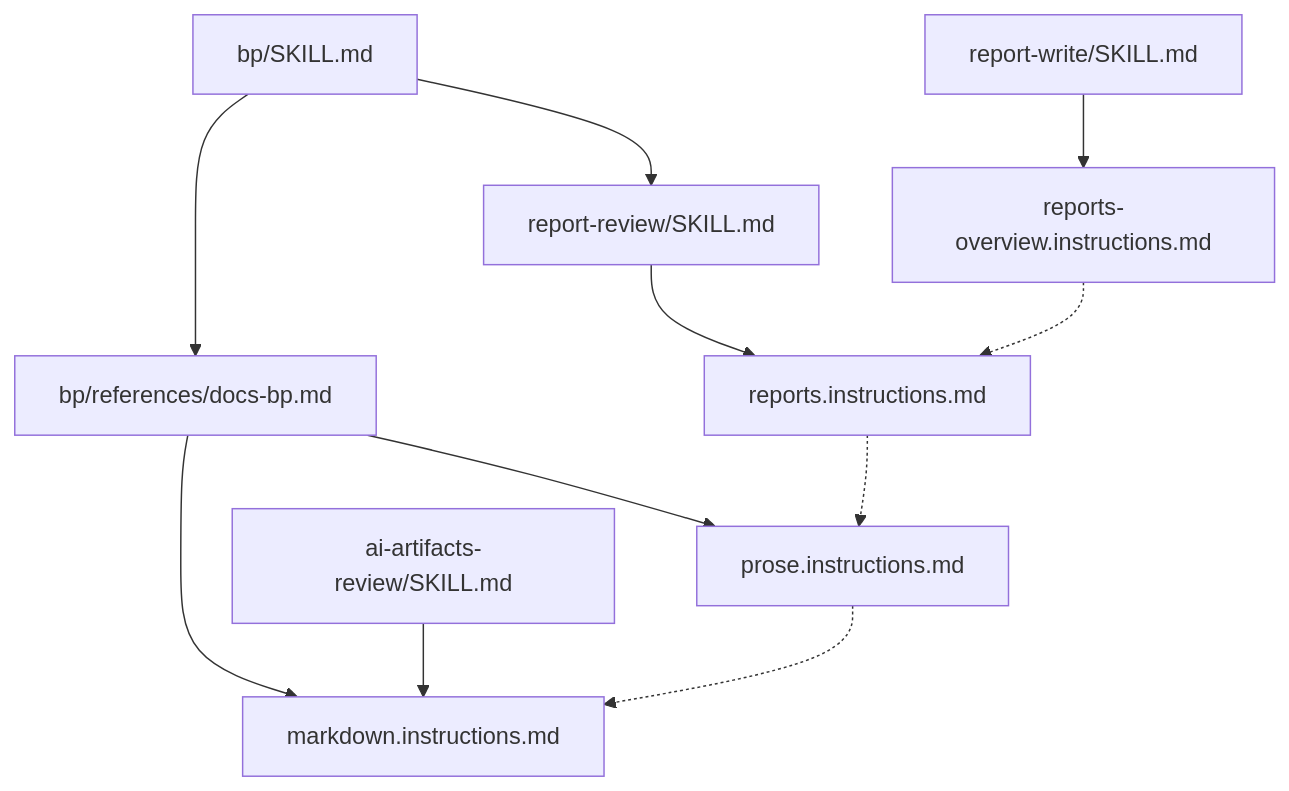
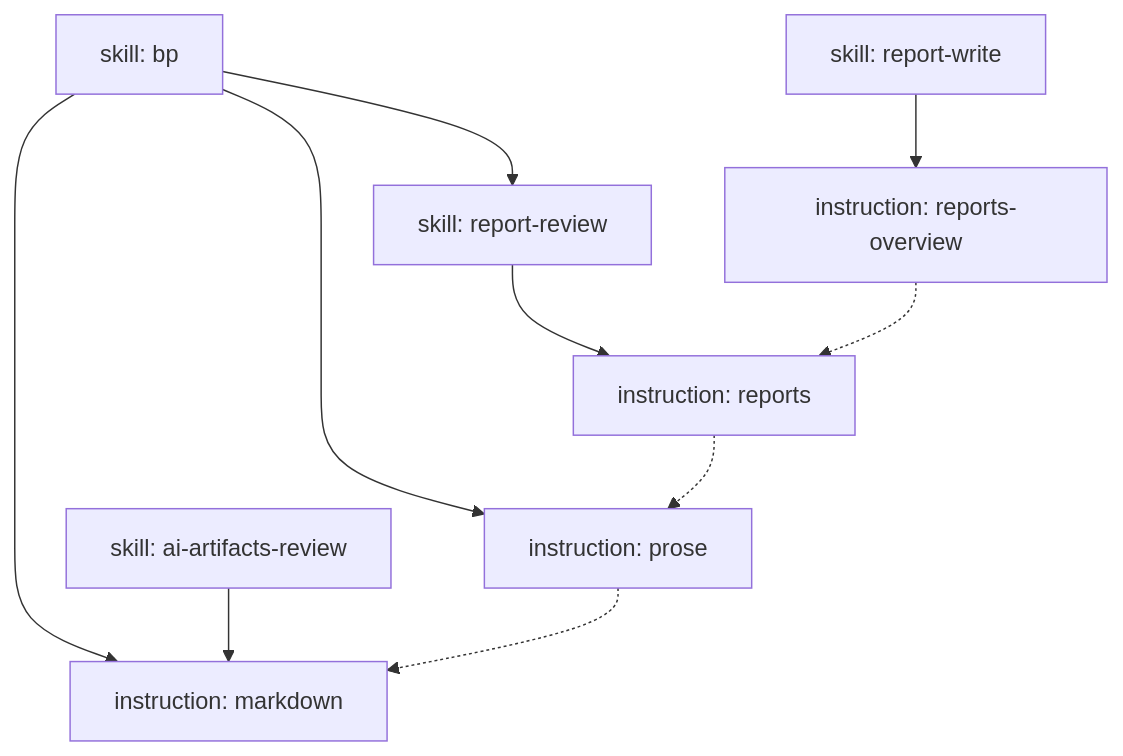
Before and after one commit to SavenkovIgor/railing: the diagram in README.md, drawn with Mermaid.

Commit message:
Shorten diagram labels and attribute docs-bp edges to the bp skill
Claude-Session: https://claude.ai/code/session_01D7k67NntLk5LRZnd7f2ka9

````diff
--- a/README.md
+++ b/README.md
@@ -40,23 +40,21 @@
 ```mermaid
 flowchart TD
-    BP["bp/SKILL.md"]
-    RR["report-review/SKILL.md"]
-    RW["report-write/SKILL.md"]
-    DOCS["bp/references/docs-bp.md"]
-    REP["reports.instructions.md"]
-    RO["reports-overview.instructions.md"]
-    PR["prose.instructions.md"]
-    AAR["ai-artifacts-review/SKILL.md"]
-    MD["markdown.instructions.md"]
+    BP["skill: bp"]
+    RR["skill: report-review"]
+    RW["skill: report-write"]
+    AAR["skill: ai-artifacts-review"]
+    REP["instruction: reports"]
+    RO["instruction: reports-overview"]
+    PR["instruction: prose"]
+    MD["instruction: markdown"]
 
-    BP --> DOCS
     BP --> RR
+    BP --> PR
+    BP --> MD
     RR --> REP
     RW --> RO
-    DOCS --> PR
-    DOCS --> MD
     AAR --> MD
     RO -.-> REP
     REP -.-> PR
     PR -.-> MD
 ```
````
